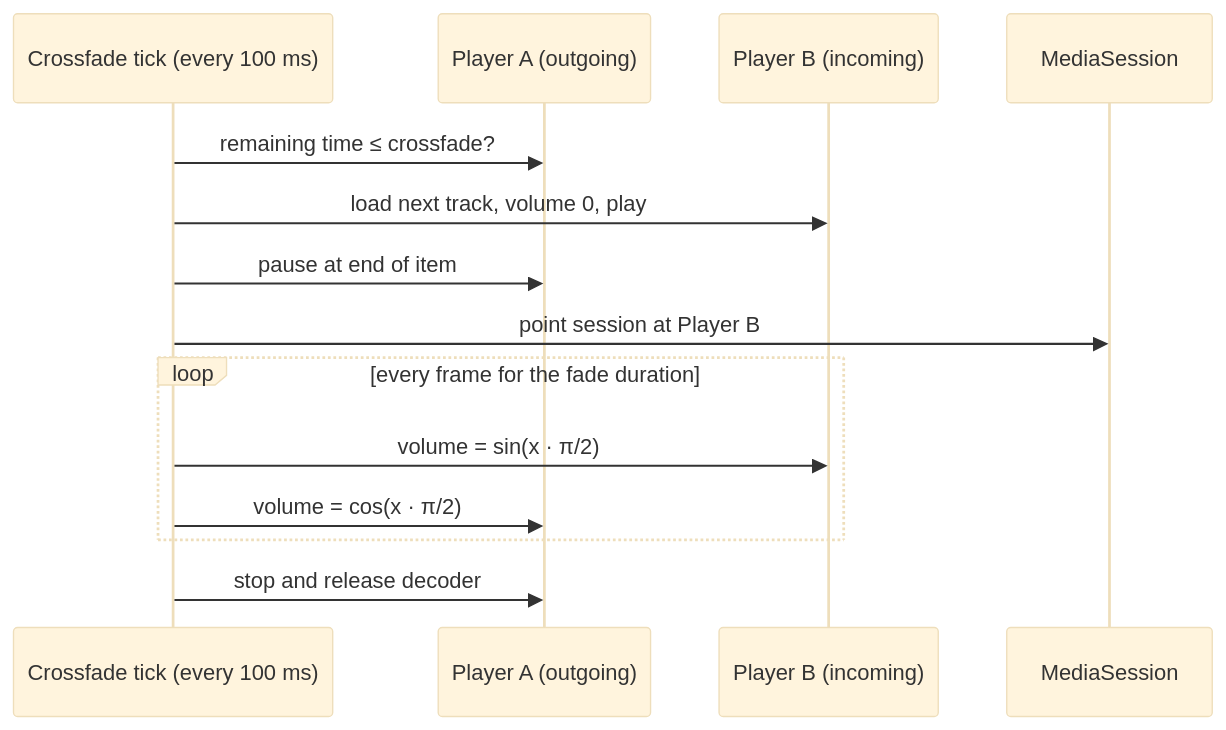
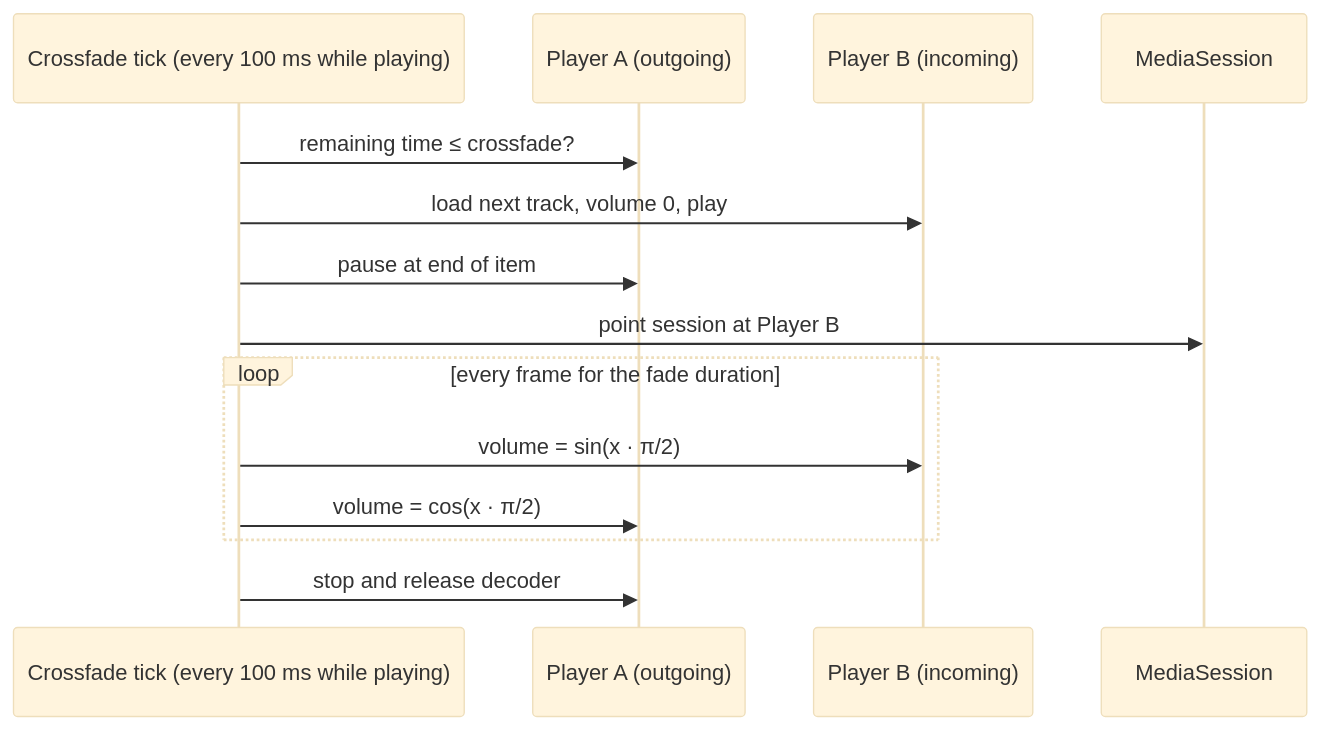
One commit to ShahadatTest/dot changed the second of 3 diagrams in README.md. Above: the diagram before and after it, drawn with Mermaid (base theme). The commit also changed other lines of this file, not shown here.

````diff
--- a/README.md
+++ b/README.md
@@ -86,17 +127,17 @@
 ```mermaid
 sequenceDiagram
-    participant T as Crossfade tick (every 100 ms)
+    participant T as Crossfade tick (every 100 ms while playing)
     participant A as Player A (outgoing)
     participant B as Player B (incoming)
     participant S as MediaSession
 
     T->>A: remaining time ≤ crossfade?
     T->>B: load next track, volume 0, play
     T->>A: pause at end of item
     T->>S: point session at Player B
     loop every frame for the fade duration
         T->>B: volume = sin(x · π/2)
         T->>A: volume = cos(x · π/2)
     end
     T->>A: stop and release decoder
 ```
````
